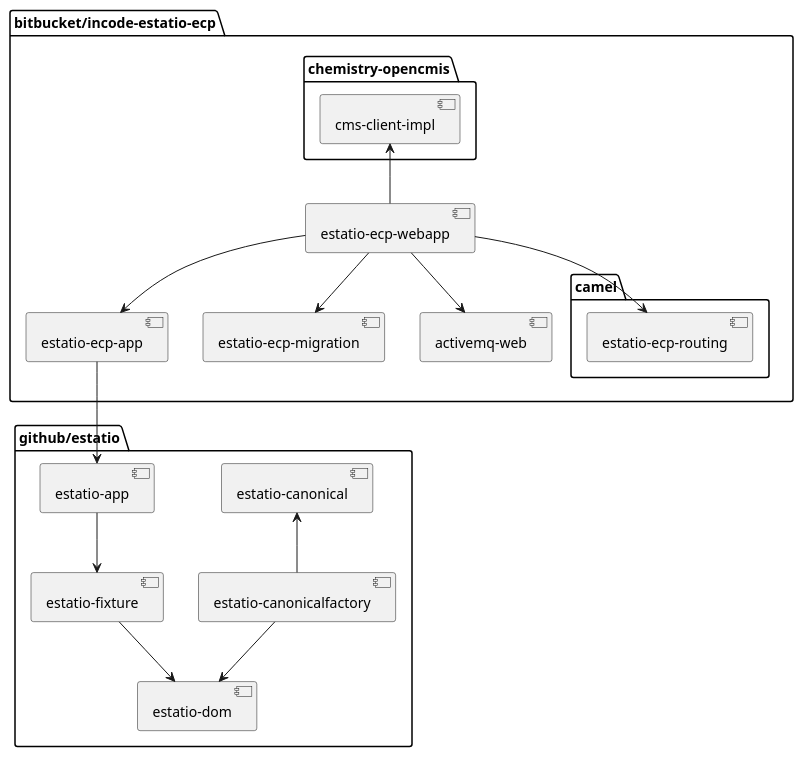
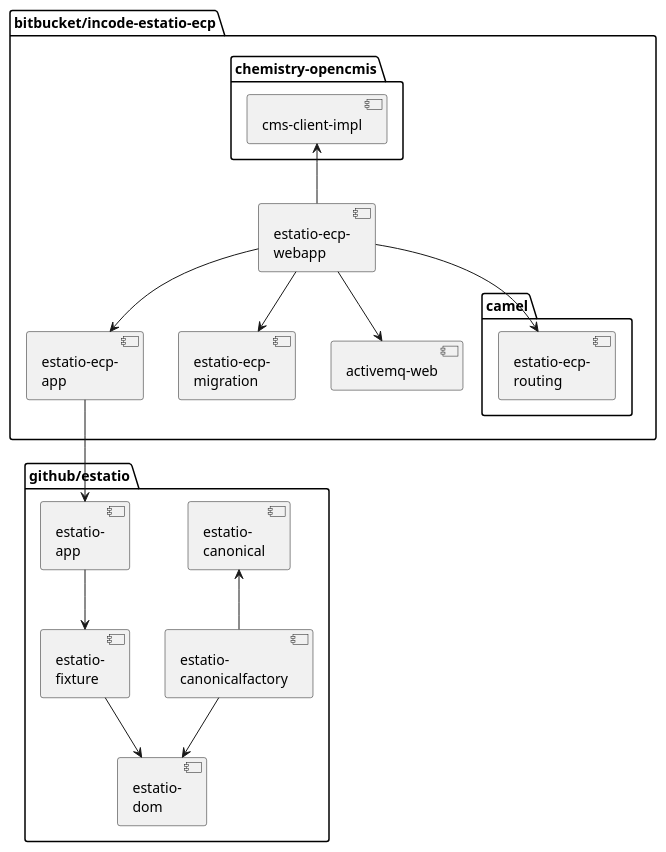
The first of 3 diagrams in README.adoc (incodehq/developers-guide), drawn with PlantUML before and after one commit. The commit also changed other lines of this file and 6 other files, not shown here.

Commit message:
updates the developers' guide (component module diagrams, simplified wording in various places)

```diff
--- a/README.adoc
+++ b/README.adoc
@@ -54,39 +58,39 @@
 [plantuml, {_imagesdir}/estatio-ecp, png]
 ....
 package "bitbucket/incode-estatio-ecp" {
-    [estatio-ecp-webapp]
-    [estatio-ecp-app]
-    [estatio-ecp-migration]
+    [estatio-ecp-\nwebapp]
+    [estatio-ecp-\napp]
+    [estatio-ecp-\nmigration]
 
     package "chemistry-opencmis" {
         [cms-client-impl]
     }
 
     package "camel" {
-        [estatio-ecp-routing]
+        [estatio-ecp-\nrouting]
     }
 
-    [estatio-ecp-webapp] -up-> [cms-client-impl]
-    [estatio-ecp-webapp] --> [activemq-web]
+    [estatio-ecp-\nwebapp] -up-> [cms-client-impl]
+    [estatio-ecp-\nwebapp] --> [activemq-web]
 
-    [estatio-ecp-webapp] --> [estatio-ecp-app]
-    [estatio-ecp-webapp] --> [estatio-ecp-migration]
-    [estatio-ecp-webapp] --> [estatio-ecp-routing]
+    [estatio-ecp-\nwebapp] --> [estatio-ecp-\napp]
+    [estatio-ecp-\nwebapp] --> [estatio-ecp-\nmigration]
+    [estatio-ecp-\nwebapp] --> [estatio-ecp-\nrouting]
 }
 
 package "github/estatio" {
-    [estatio-app]
-    [estatio-canonicalfactory]
-    [estatio-canonical]
-    [estatio-fixture]
-    [estatio-dom]
+    [estatio-\napp]
+    [estatio-\ncanonicalfactory]
+    [estatio-\ncanonical]
+    [estatio-\nfixture]
+    [estatio-\ndom]
 
-    [estatio-app] --> [estatio-fixture]
-    [estatio-fixture] --> [estatio-dom]
+    [estatio-\napp] --> [estatio-\nfixture]
+    [estatio-\nfixture] --> [estatio-\ndom]
 
-    [estatio-canonicalfactory] -up-> [estatio-canonical]
-    [estatio-canonicalfactory] --> [estatio-dom]
+    [estatio-\ncanonicalfactory] -up-> [estatio-\ncanonical]
+    [estatio-\ncanonicalfactory] --> [estatio-\ndom]
 }
 
-[estatio-ecp-app] --> [estatio-app]
+[estatio-ecp-\napp] --> [estatio-\napp]
 ....
```
